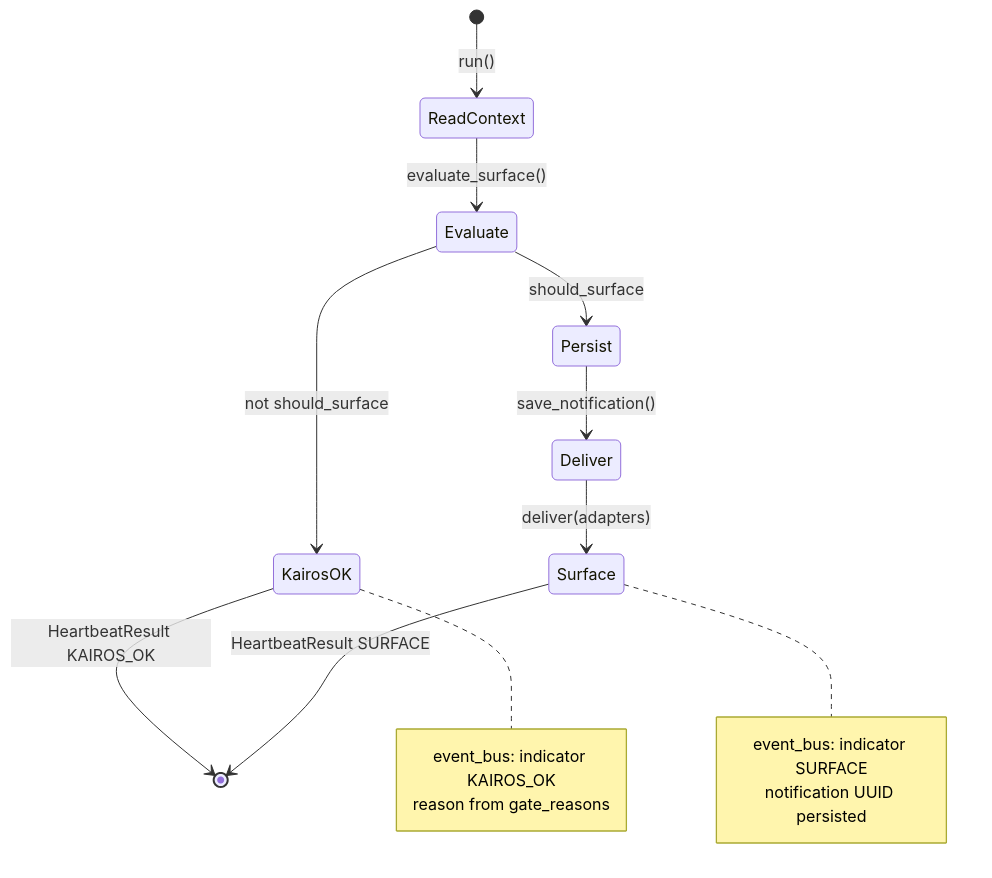
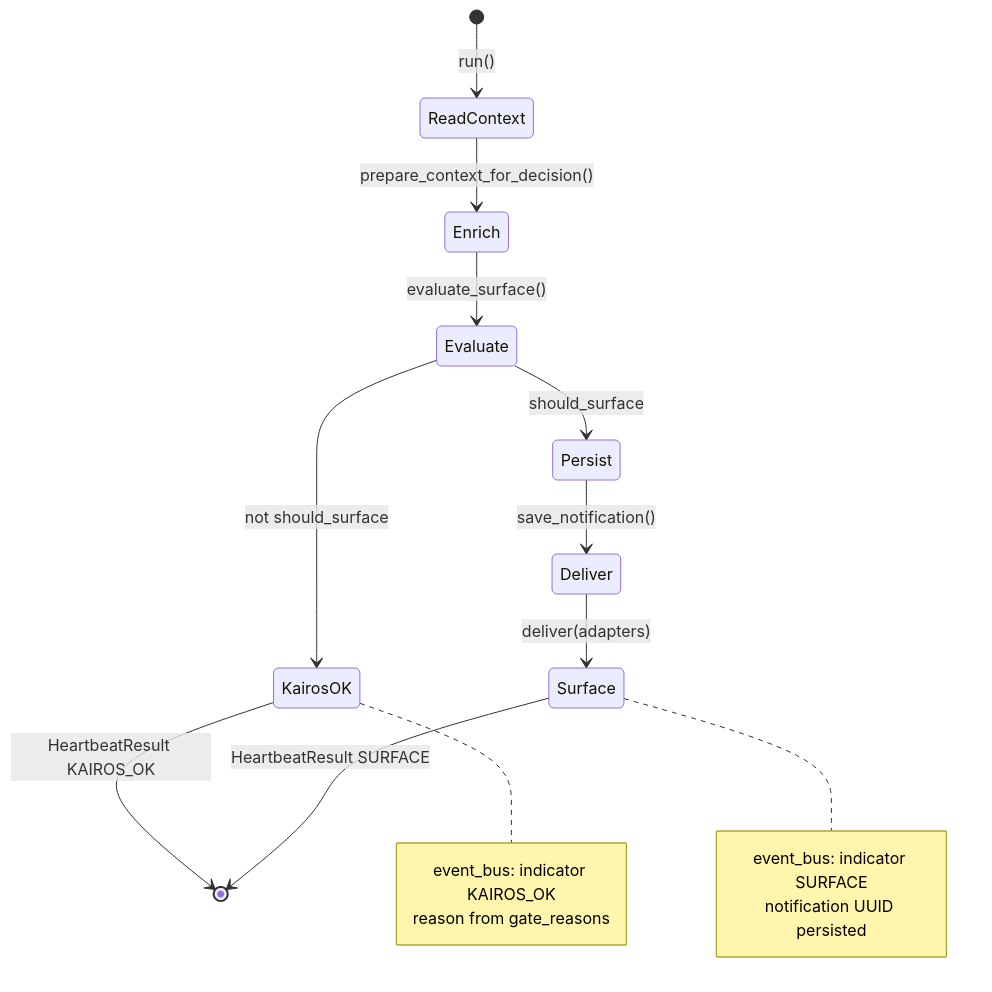
One commit to Sushmey/Kairos changed the seventh of 19 diagrams in docs/ARCHITECTURE.md. Above: the diagram before and after it, drawn with Mermaid. The commit also changed other lines of this file and 126 other files, not shown here.

````diff
--- a/docs/ARCHITECTURE.md
+++ b/docs/ARCHITECTURE.md
@@ -276,21 +305,22 @@
 ```mermaid
 stateDiagram-v2
     [*] --> ReadContext: run()
-    ReadContext --> Evaluate: evaluate_surface()
+    ReadContext --> Enrich: prepare_context_for_decision()
+    Enrich --> Evaluate: evaluate_surface()
     Evaluate --> KairosOK: not should_surface
     Evaluate --> Persist: should_surface
     Persist --> Deliver: save_notification()
     Deliver --> Surface: deliver(adapters)
     KairosOK --> [*]: HeartbeatResult KAIROS_OK
     Surface --> [*]: HeartbeatResult SURFACE
 
     note right of KairosOK
         event_bus: indicator KAIROS_OK
         reason from gate_reasons
     end note
 
     note right of Surface
         event_bus: indicator SURFACE
         notification UUID persisted
     end note
 ```
````
